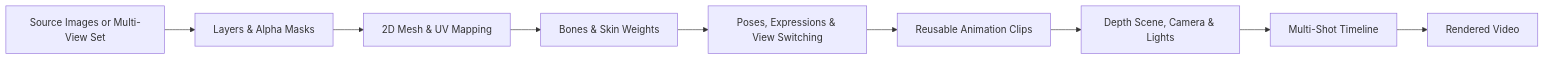
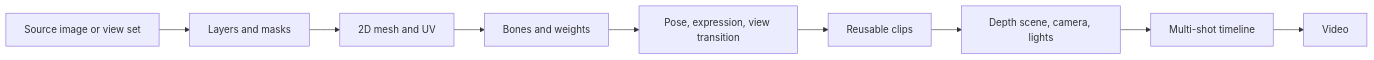
One commit to khuonghiiro/parallax-studio changed the first of 2 diagrams in docs/PLAN.md. Above: the diagram before and after it, drawn with Mermaid. The commit also changed other lines of this file and 48 other files, not shown here.

````diff
--- a/docs/PLAN.md
+++ b/docs/PLAN.md
@@ -31,11 +31,11 @@
 ```mermaid
 flowchart LR
-  A[Source Images or Multi-View Set] --> B[Layers & Alpha Masks]
-  B --> C[2D Mesh & UV Mapping]
-  C --> D[Bones & Skin Weights]
-  D --> E[Poses, Expressions & View Switching]
-  E --> F[Reusable Animation Clips]
-  F --> G[Depth Scene, Camera & Lights]
-  G --> H[Multi-Shot Timeline]
-  H --> I[Rendered Video]
+  A[Source image or view set] --> B[Layers and masks]
+  B --> C[2D mesh and UV]
+  C --> D[Bones and weights]
+  D --> E[Pose, expression, view transition]
+  E --> F[Reusable clips]
+  F --> G[Depth scene, camera, lights]
+  G --> H[Multi-shot timeline]
+  H --> I[Video]
 ```
````
